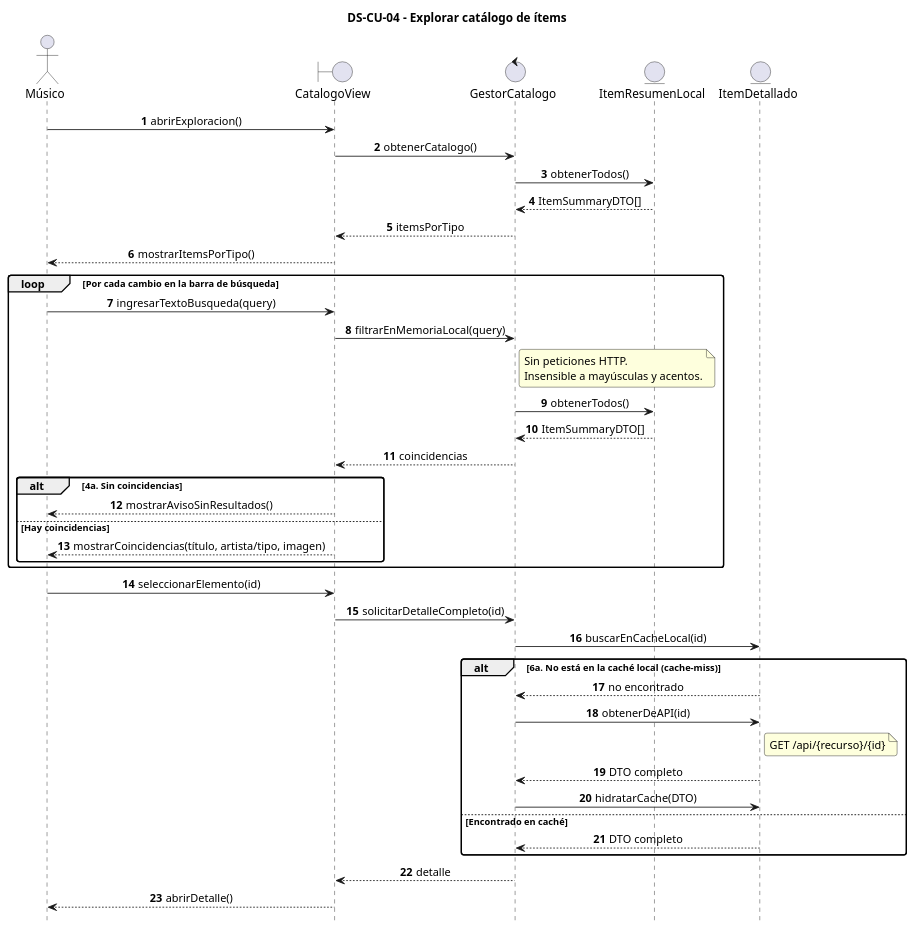
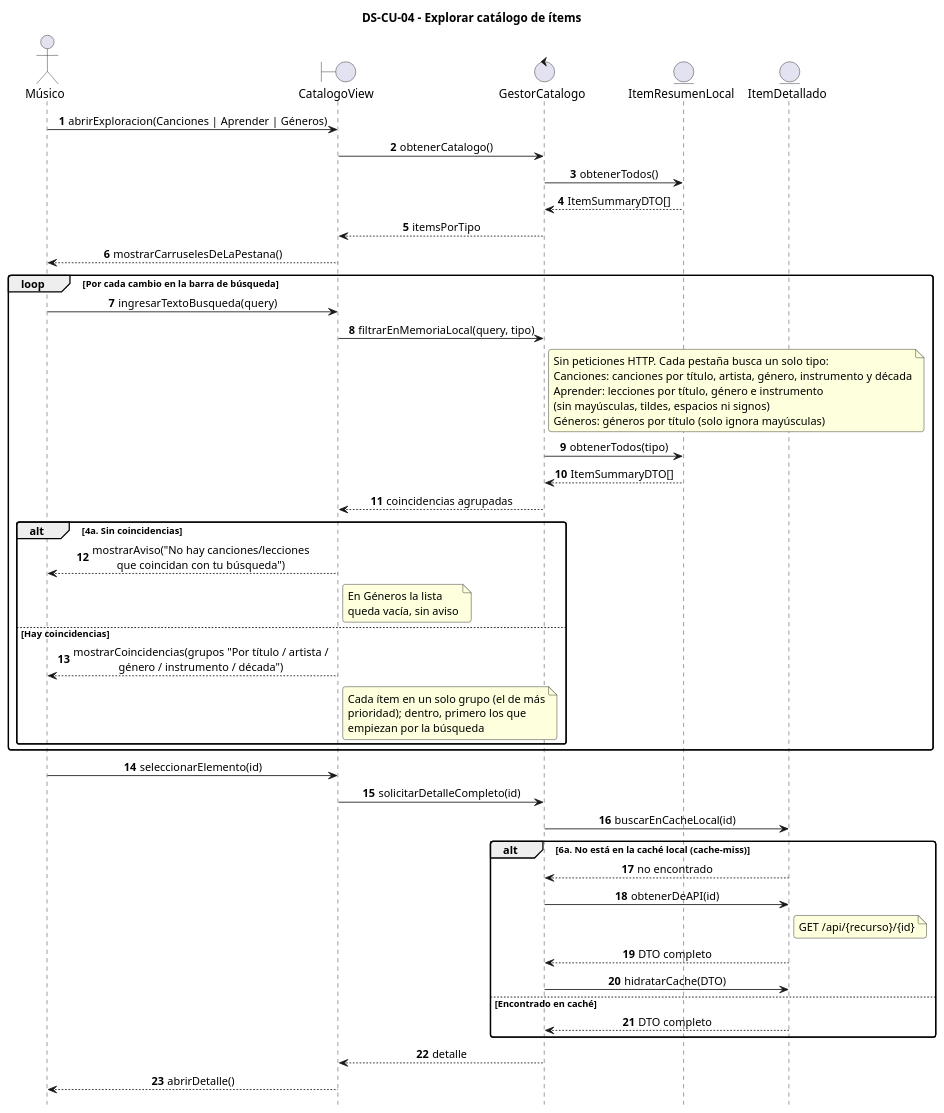
One commit to adrianmahialoredo/TFG changed the diagram in diagrams/use_cases/description/CU04_explorar_catalogo.puml. Above: the diagram before and after it, drawn with PlantUML. The commit also changed 221 other files, not shown here.

```diff
--- a/diagrams/use_cases/description/CU04_explorar_catalogo.puml
+++ b/diagrams/use_cases/description/CU04_explorar_catalogo.puml
@@ -1,55 +1,65 @@
 @startuml DS-CU-04
 title DS-CU-04 - Explorar catálogo de ítems
 
 ' Diagrama de secuencia de análisis (patrón Boundary-Control-Entity)
+' Fuentes: SongsScreen.tsx, LearnScreen.tsx, GenresScreen.tsx, useCatalogSearch.ts, useGenres.ts,
+' search.utils.ts, SearchResults.tsx, item.repository.ts
 autonumber
 hide footbox
 skinparam sequenceMessageAlign center
 skinparam roundcorner 6
 
 actor "Músico" as musico
 boundary "CatalogoView" as pantalla
 control "GestorCatalogo" as gestor
 entity "ItemResumenLocal" as resumen
 entity "ItemDetallado" as detalle
 
-musico -> pantalla : abrirExploracion()
+musico -> pantalla : abrirExploracion(Canciones | Aprender | Géneros)
 pantalla -> gestor : obtenerCatalogo()
 gestor -> resumen : obtenerTodos()
 resumen --> gestor : ItemSummaryDTO[]
 gestor --> pantalla : itemsPorTipo
-pantalla --> musico : mostrarItemsPorTipo()
+pantalla --> musico : mostrarCarruselesDeLaPestana()
 
 loop Por cada cambio en la barra de búsqueda
     musico -> pantalla : ingresarTextoBusqueda(query)
-    pantalla -> gestor : filtrarEnMemoriaLocal(query)
-    note right of gestor : Sin peticiones HTTP.\nInsensible a mayúsculas y acentos.
-    gestor -> resumen : obtenerTodos()
+    pantalla -> gestor : filtrarEnMemoriaLocal(query, tipo)
+    note right of gestor
+        Sin peticiones HTTP. Cada pestaña busca un solo tipo:
+        Canciones: canciones por título, artista, género, instrumento y década
+        Aprender: lecciones por título, género e instrumento
+        (sin mayúsculas, tildes, espacios ni signos)
+        Géneros: géneros por título (solo ignora mayúsculas)
+    end note
+    gestor -> resumen : obtenerTodos(tipo)
     resumen --> gestor : ItemSummaryDTO[]
-    gestor --> pantalla : coincidencias
+    gestor --> pantalla : coincidencias agrupadas
 
     alt 4a. Sin coincidencias
-        pantalla --> musico : mostrarAvisoSinResultados()
+        pantalla --> musico : mostrarAviso("No hay canciones/lecciones\nque coincidan con tu búsqueda")
+        note right of pantalla : En Géneros la lista\nqueda vacía, sin aviso
     else Hay coincidencias
-        pantalla --> musico : mostrarCoincidencias(título, artista/tipo, imagen)
+        pantalla --> musico : mostrarCoincidencias(grupos "Por título / artista /\ngénero / instrumento / década")
+        note right of pantalla : Cada ítem en un solo grupo (el de más\nprioridad); dentro, primero los que\nempiezan por la búsqueda
     end
 end
 
 musico -> pantalla : seleccionarElemento(id)
 pantalla -> gestor : solicitarDetalleCompleto(id)
 gestor -> detalle : buscarEnCacheLocal(id)
 
 alt 6a. No está en la caché local (cache-miss)
     detalle --> gestor : no encontrado
     gestor -> detalle : obtenerDeAPI(id)
     note right of detalle : GET /api/{recurso}/{id}
     detalle --> gestor : DTO completo
     gestor -> detalle : hidratarCache(DTO)
 else Encontrado en caché
     detalle --> gestor : DTO completo
 end
 
 gestor --> pantalla : detalle
 pantalla --> musico : abrirDetalle()
 
 @enduml
```
